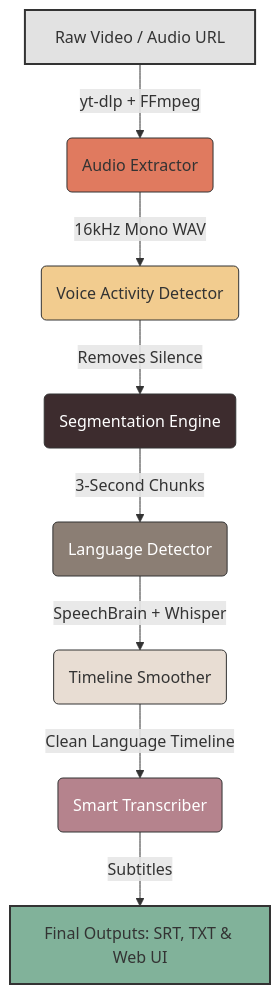
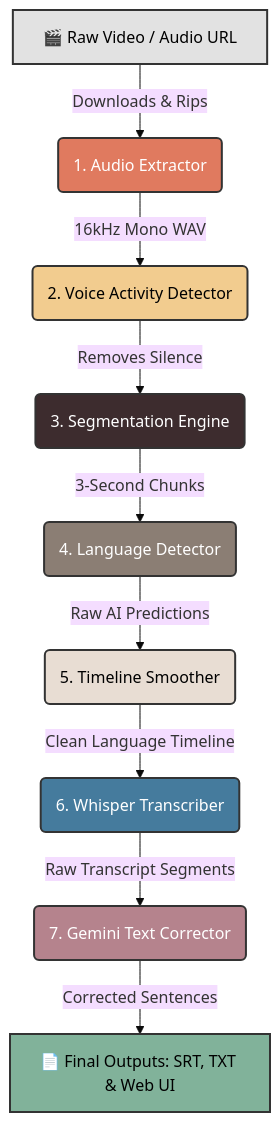
The diagram in README.md (Duljit2006/frame-speech), drawn with Mermaid before and after one commit. The commit also changed other lines of this file, not shown here.

Commit message:
docs: update README with Model 3 features and Gemini setup

````diff
--- a/README.md
+++ b/README.md
@@ -34,19 +35,23 @@
 ```mermaid
+%%{init: {'theme': 'base', 'themeVariables': { 'fontFamily': 'sans-serif' }}}%%
 graph TD
-    A[Raw Video / Audio URL] -->|yt-dlp + FFmpeg| B(Audio Extractor)
-    B -->|16kHz Mono WAV| C(Voice Activity Detector)
-    C -->|Removes Silence| D(Segmentation Engine)
-    D -->|3-Second Chunks| E(Language Detector)
-    E -->|SpeechBrain + Whisper| F(Timeline Smoother)
-    F -->|Clean Language Timeline| G(Smart Transcriber)
-    G -->|Subtitles| H[Final Outputs: SRT, TXT & Web UI]
-    
-    style A fill:#e2e2e2,stroke:#333,stroke-width:2px
-    style H fill:#81B29A,stroke:#333,stroke-width:2px
-    style B fill:#E07A5F,stroke:#333
-    style C fill:#F2CC8F,stroke:#333
-    style D fill:#3D2C2E,stroke:#333,color:#fff
-    style E fill:#8B7E74,stroke:#333,color:#fff
-    style F fill:#E8DDD3,stroke:#333
-    style G fill:#B5838D,stroke:#333,color:#fff
+    A["🎬 Raw Video / Audio URL"] -->|"Downloads & Rips"| B("1. Audio Extractor")
+    B -->|"16kHz Mono WAV"| C("2. Voice Activity Detector")
+    C -->|"Removes Silence"| D("3. Segmentation Engine")
+    D -->|"3-Second Chunks"| E("4. Language Detector")
+    E -->|"Raw AI Predictions"| F("5. Timeline Smoother")
+
+    F -->|"Clean Language Timeline"| G("6. Whisper Transcriber")
+    G -->|"Raw Transcript Segments"| H("7. Gemini Text Corrector")
+    H -->|"Corrected Sentences"| I["📄 Final Outputs: SRT, TXT & Web UI"]
+
+    style A fill:#e2e2e2,stroke:#333,stroke-width:2px,color:#000
+    style B fill:#E07A5F,stroke:#333,stroke-width:2px,color:#fff
+    style C fill:#F2CC8F,stroke:#333,stroke-width:2px,color:#000
+    style D fill:#3D2C2E,stroke:#333,stroke-width:2px,color:#fff
+    style E fill:#8B7E74,stroke:#333,stroke-width:2px,color:#fff
+    style F fill:#E8DDD3,stroke:#333,stroke-width:2px,color:#000
+    style G fill:#457B9D,stroke:#333,stroke-width:2px,color:#fff
+    style H fill:#B5838D,stroke:#333,stroke-width:2px,color:#fff
+    style I fill:#81B29A,stroke:#333,stroke-width:2px,color:#000
 ```
````
